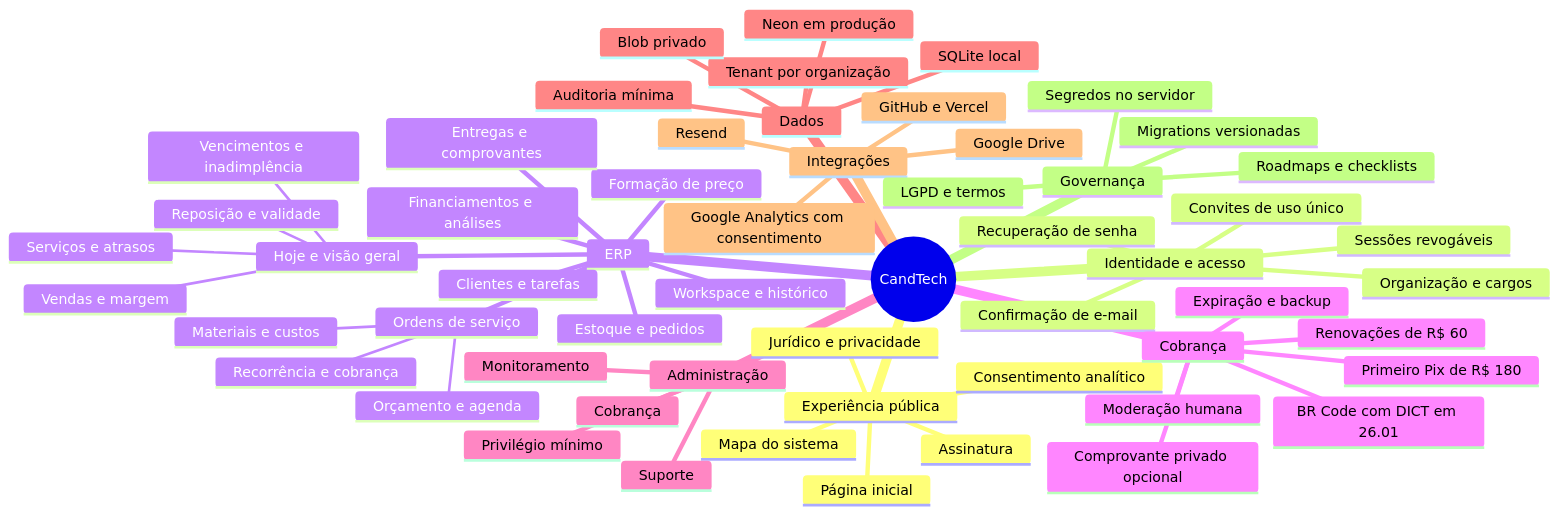
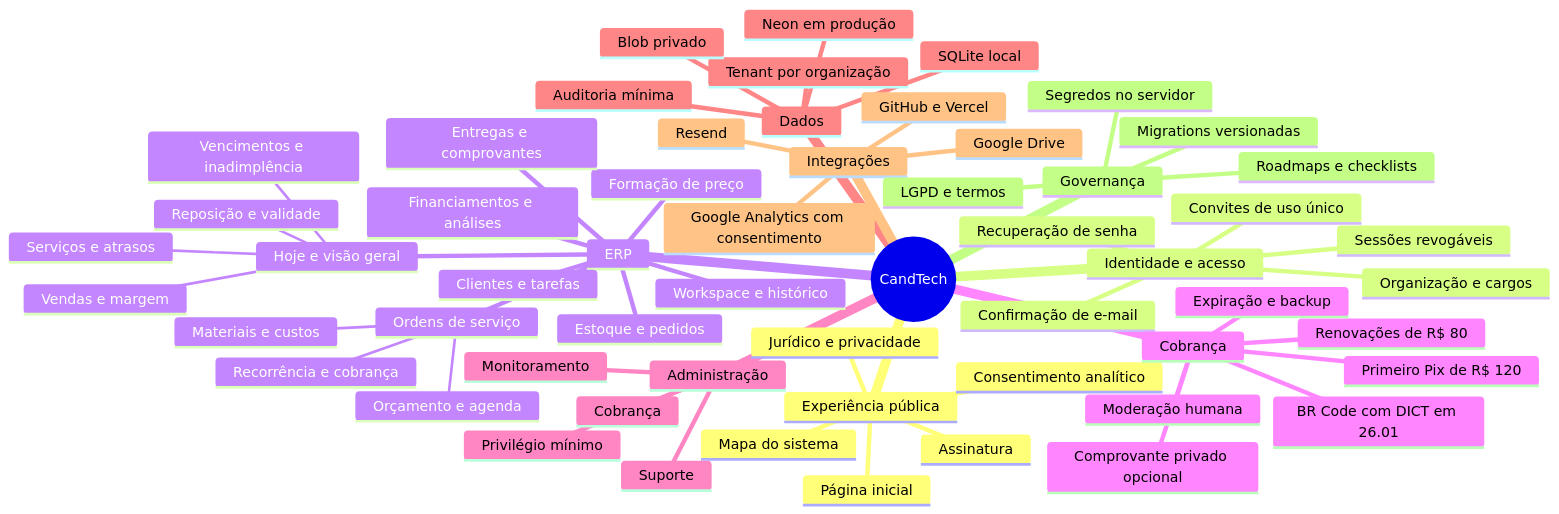
One commit to rennercand/CandTech changed the second of 5 diagrams in docs/ARQUITETURA.md. Above: the diagram before and after it, drawn with Mermaid. The commit also changed other lines of this file and 16 other files, not shown here.

````diff
--- a/docs/ARQUITETURA.md
+++ b/docs/ARQUITETURA.md
@@ -61,60 +61,60 @@
 ```mermaid
 mindmap
   root((CandTech))
     Experiência pública
       Página inicial
       Assinatura
       Mapa do sistema
       Jurídico e privacidade
       Consentimento analítico
     Identidade e acesso
       Confirmação de e-mail
       Sessões revogáveis
       Recuperação de senha
       Organização e cargos
       Convites de uso único
     ERP
       Hoje e visão geral
         Vendas e margem
         Vencimentos e inadimplência
         Reposição e validade
         Serviços e atrasos
       Clientes e tarefas
       Workspace e histórico
       Financiamentos e análises
       Formação de preço
       Estoque e pedidos
       Entregas e comprovantes
       Ordens de serviço
         Orçamento e agenda
         Materiais e custos
         Recorrência e cobrança
     Cobrança
-      Primeiro Pix de R$ 180
-      Renovações de R$ 60
+      Primeiro Pix de R$ 120
+      Renovações de R$ 80
       BR Code com DICT em 26.01
       Comprovante privado opcional
       Moderação humana
       Expiração e backup
     Administração
       Monitoramento
       Suporte
       Cobrança
       Privilégio mínimo
     Dados
       Neon em produção
       SQLite local
       Tenant por organização
       Blob privado
       Auditoria mínima
     Integrações
       Google Drive
       Resend
       Google Analytics com consentimento
       GitHub e Vercel
     Governança
       LGPD e termos
       Migrations versionadas
       Segredos no servidor
       Roadmaps e checklists
 ```
````
